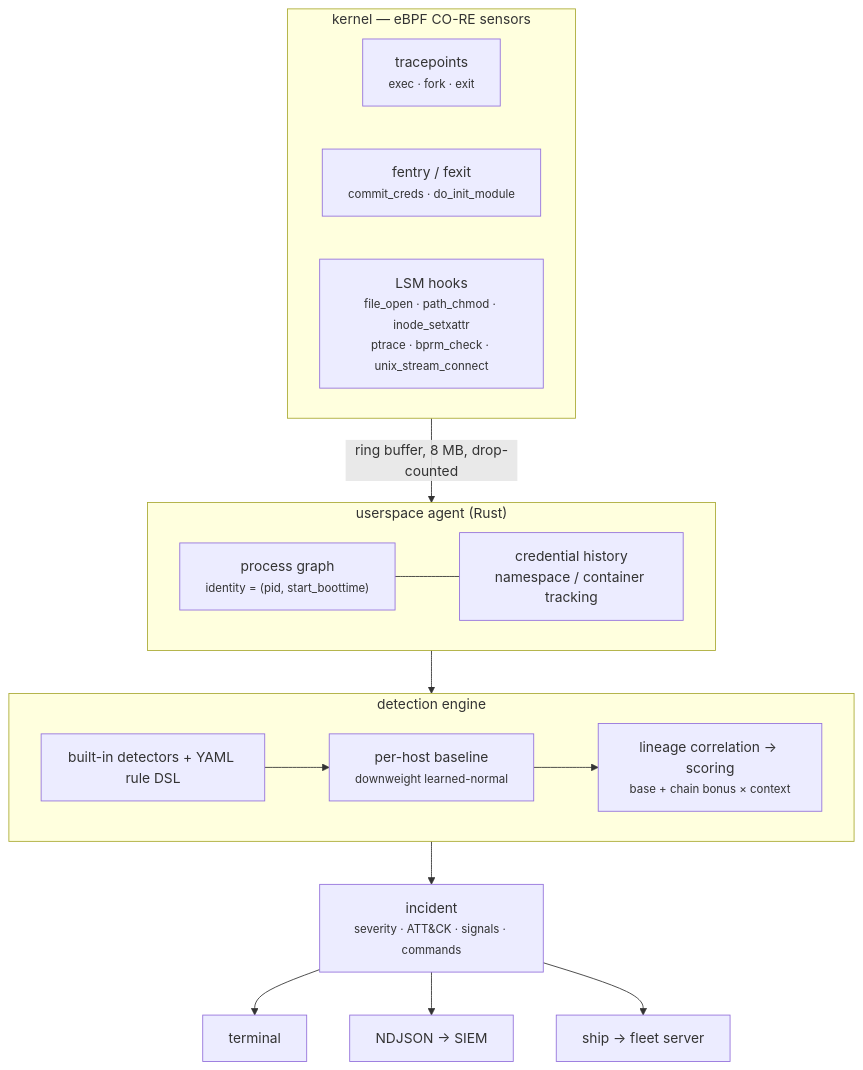
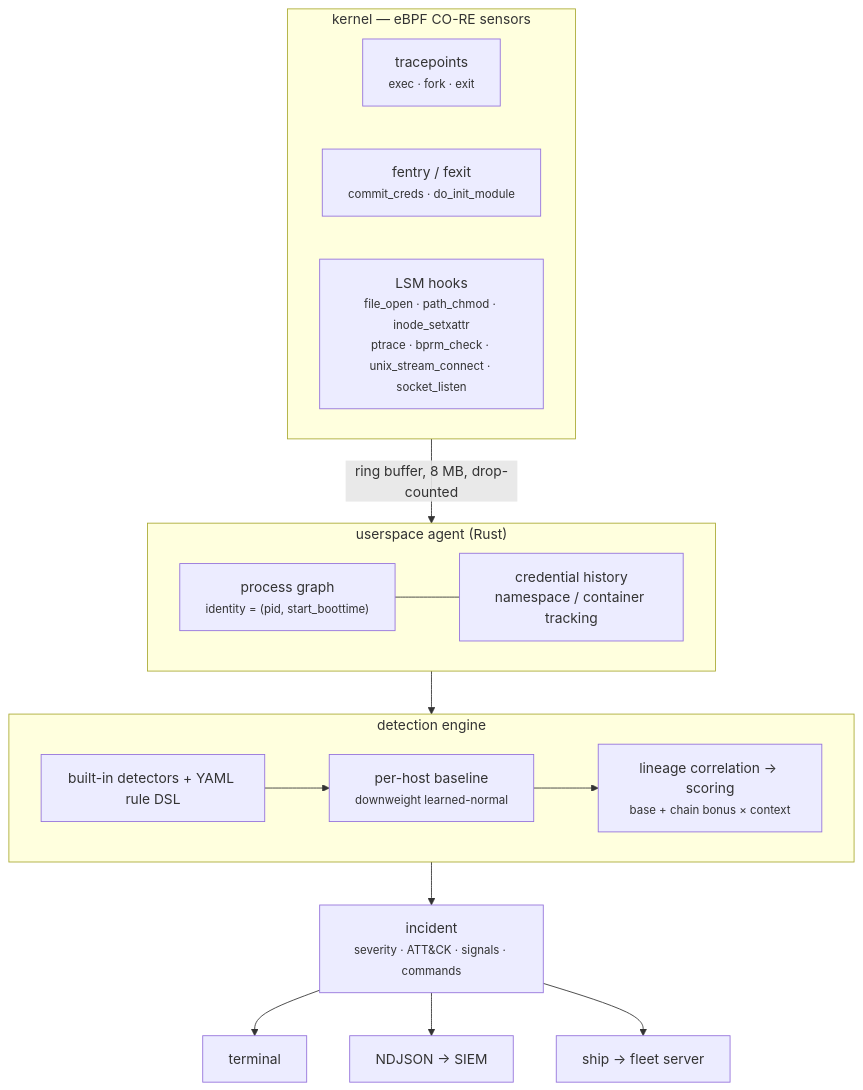
One commit to SysFr4m3r/kernelsentinel changed the first of 2 diagrams in README.md. Above: the diagram before and after it, drawn with Mermaid. The commit also changed other lines of this file and 14 other files, not shown here.

````diff
--- a/README.md
+++ b/README.md
@@ -58,31 +58,31 @@
 ```mermaid
 flowchart TD
     subgraph K["kernel — eBPF CO-RE sensors"]
         direction LR
         A1["tracepoints<br/><small>exec · fork · exit</small>"]
         A2["fentry / fexit<br/><small>commit_creds · do_init_module</small>"]
-        A3["LSM hooks<br/><small>file_open · path_chmod · inode_setxattr<br/>ptrace · bprm_check · unix_stream_connect</small>"]
+        A3["LSM hooks<br/><small>file_open · path_chmod · inode_setxattr<br/>ptrace · bprm_check · unix_stream_connect · socket_listen</small>"]
     end
 
     K -->|"ring buffer, 8&nbsp;MB, drop-counted"| G
 
     subgraph U["userspace agent (Rust)"]
         direction LR
         G["process graph<br/><small>identity = (pid, start_boottime)</small>"]
         C["credential history<br/>namespace / container tracking"]
         G --- C
     end
 
     G --> D
 
     subgraph E["detection engine"]
         direction LR
         D["built-in detectors + YAML rule DSL"]
         S["lineage correlation → scoring<br/><small>base + chain bonus × context</small>"]
         B["per-host baseline<br/><small>downweight learned-normal</small>"]
         D --> B --> S
     end
 
     S --> OUT["incident<br/><small>severity · ATT&CK · signals · commands</small>"]
     OUT --> T["terminal"] & N["NDJSON → SIEM"] & F["ship → fleet server"]
 ```
````
